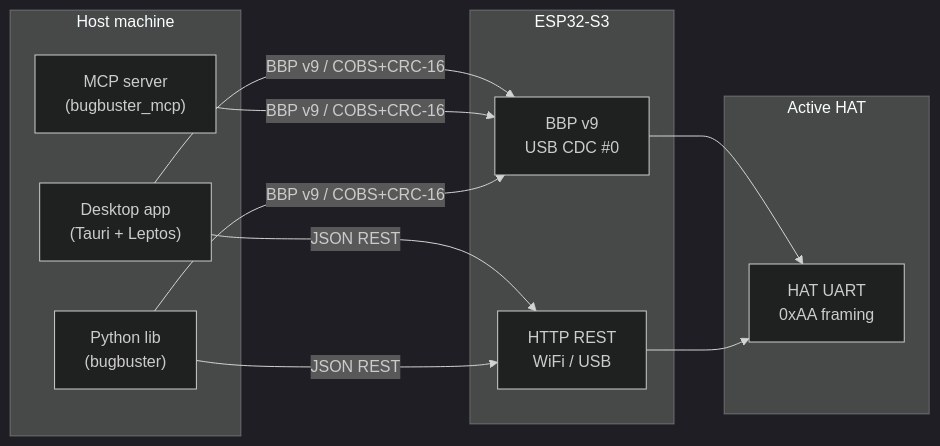
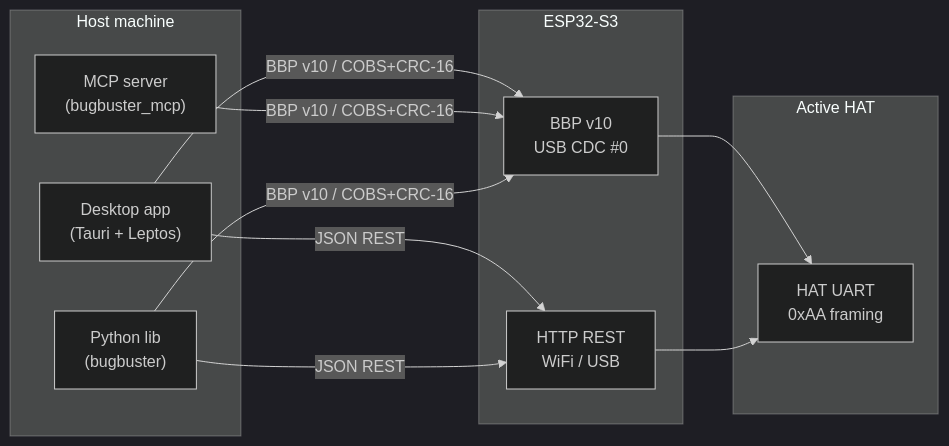
Before and after one commit to lollokara/BugBuster: the second of 2 diagrams in README.md, drawn with Mermaid (dark theme). The commit also changed other lines of this file and 9 other files, not shown here.

````diff
--- a/README.md
+++ b/README.md
@@ -256,27 +256,27 @@
 ```mermaid
 flowchart LR
   subgraph Host["Host machine"]
     Desktop["Desktop app\n(Tauri + Leptos)"]
     MCP["MCP server\n(bugbuster_mcp)"]
     PyLib["Python lib\n(bugbuster)"]
   end
 
   subgraph ESP["ESP32-S3"]
-    BBP["BBP v9\nUSB CDC #0"]
+    BBP["BBP v10\nUSB CDC #0"]
     HTTP["HTTP REST\nWiFi / USB"]
   end
 
   subgraph HAT["Active HAT"]
     UART["HAT UART\n0xAA framing"]
   end
 
-  Desktop -->|"BBP v9 / COBS+CRC-16"| BBP
-  MCP     -->|"BBP v9 / COBS+CRC-16"| BBP
-  PyLib   -->|"BBP v9 / COBS+CRC-16"| BBP
+  Desktop -->|"BBP v10 / COBS+CRC-16"| BBP
+  MCP     -->|"BBP v10 / COBS+CRC-16"| BBP
+  PyLib   -->|"BBP v10 / COBS+CRC-16"| BBP
 
   Desktop -->|"JSON REST"| HTTP
   PyLib   -->|"JSON REST"| HTTP
 
   BBP  --> UART
   HTTP --> UART
 ```
````
